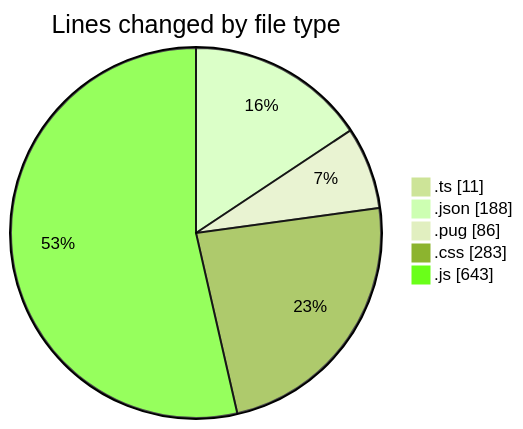
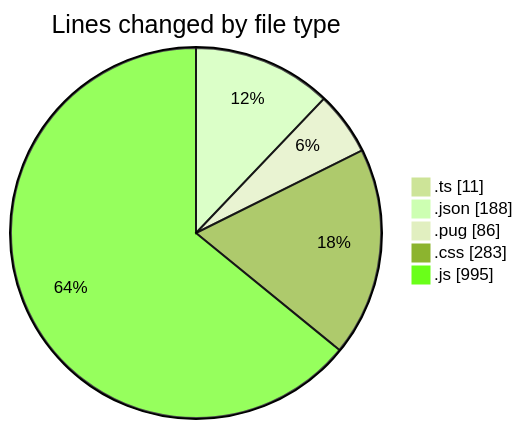
One commit to momahboobian/code-tracking changed the first of 2 diagrams in 2025-02-24/cda/README.md. Above: the diagram before and after it, drawn with Mermaid (forest theme). The commit also changed other lines of this file and 1 other file, not shown here.

````diff
--- a/2025-02-24/cda/README.md
+++ b/2025-02-24/cda/README.md
@@ -32,9 +33,9 @@
 ```mermaid
 pie showData
 title Lines changed by file type
 ".ts" : 11
 ".json" : 188
 ".pug" : 86
 ".css" : 283
-".js" : 643
+".js" : 995
 ```
````
